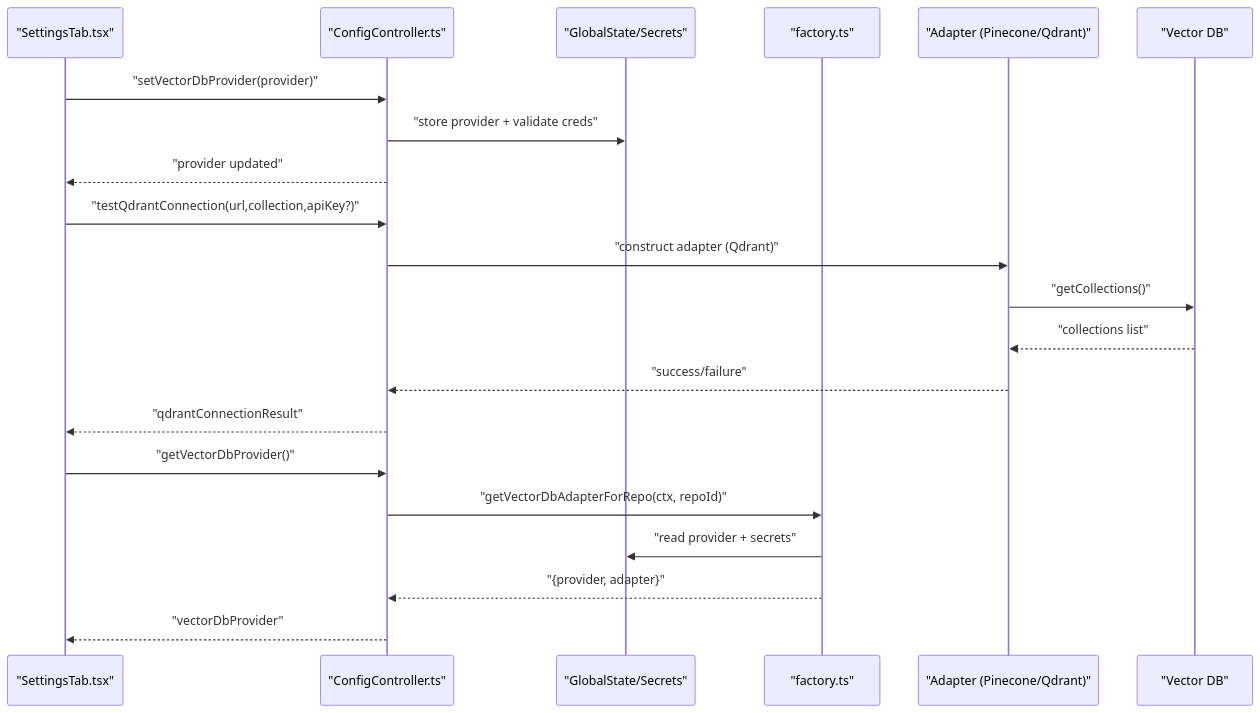
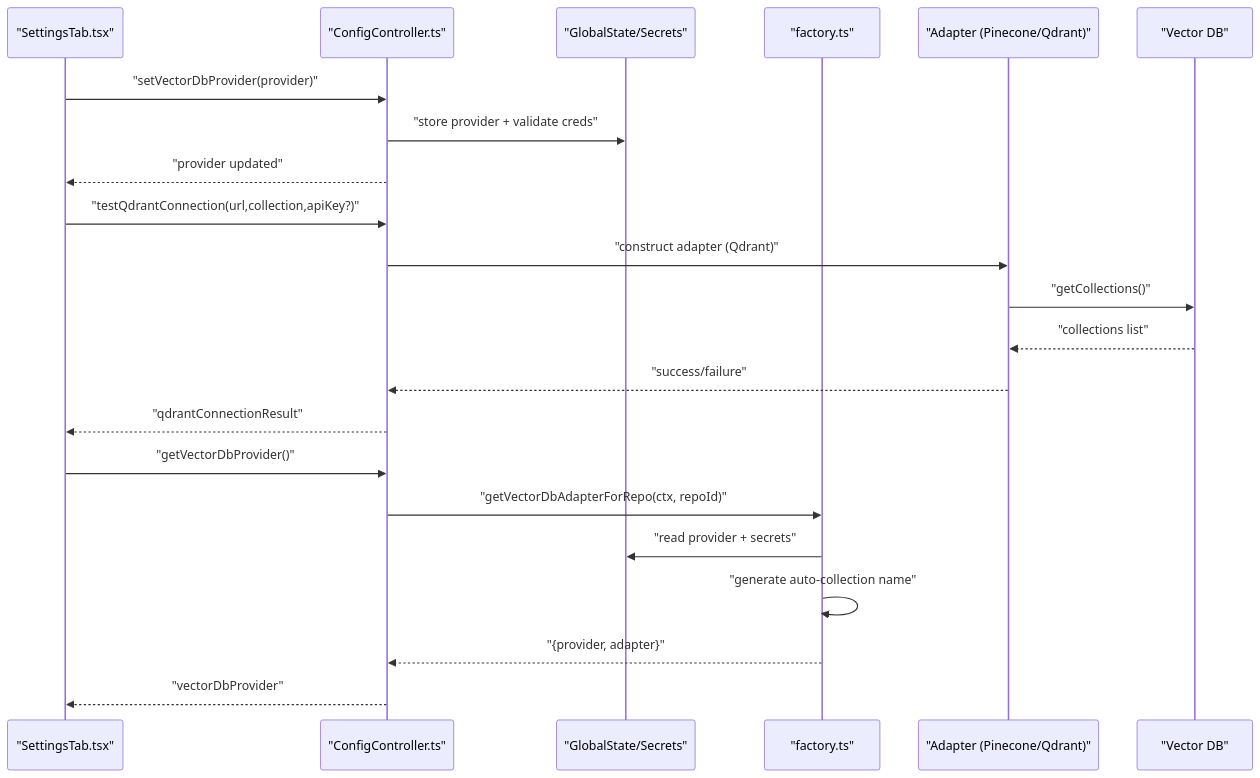
The second of 10 diagrams in .qoder/repowiki/en/content/Indexing and Search System/Vector Database Adapters.md (bramburn/repomix-runner), drawn with Mermaid before and after one commit. The commit also changed other lines of this file and 17 other files, not shown here.

````diff
--- a/.qoder/repowiki/en/content/Indexing and Search System/Vector Database Adapters.md
+++ b/.qoder/repowiki/en/content/Indexing and Search System/Vector Database Adapters.md
@@ -116,23 +127,24 @@
 ```mermaid
 sequenceDiagram
 participant UI as "SettingsTab.tsx"
 participant Ctl as "ConfigController.ts"
 participant GS as "GlobalState/Secrets"
 participant Fac as "factory.ts"
 participant Ad as "Adapter (Pinecone/Qdrant)"
 participant DB as "Vector DB"
 UI->>Ctl : "setVectorDbProvider(provider)"
 Ctl->>GS : "store provider + validate creds"
 Ctl-->>UI : "provider updated"
 UI->>Ctl : "testQdrantConnection(url,collection,apiKey?)"
 Ctl->>Ad : "construct adapter (Qdrant)"
 Ad->>DB : "getCollections()"
 DB-->>Ad : "collections list"
 Ad-->>Ctl : "success/failure"
 Ctl-->>UI : "qdrantConnectionResult"
 UI->>Ctl : "getVectorDbProvider()"
 Ctl->>Fac : "getVectorDbAdapterForRepo(ctx, repoId)"
 Fac->>GS : "read provider + secrets"
+Fac->>Fac : "generate auto-collection name"
 Fac-->>Ctl : "{provider, adapter}"
 Ctl-->>UI : "vectorDbProvider"
 ```
````
